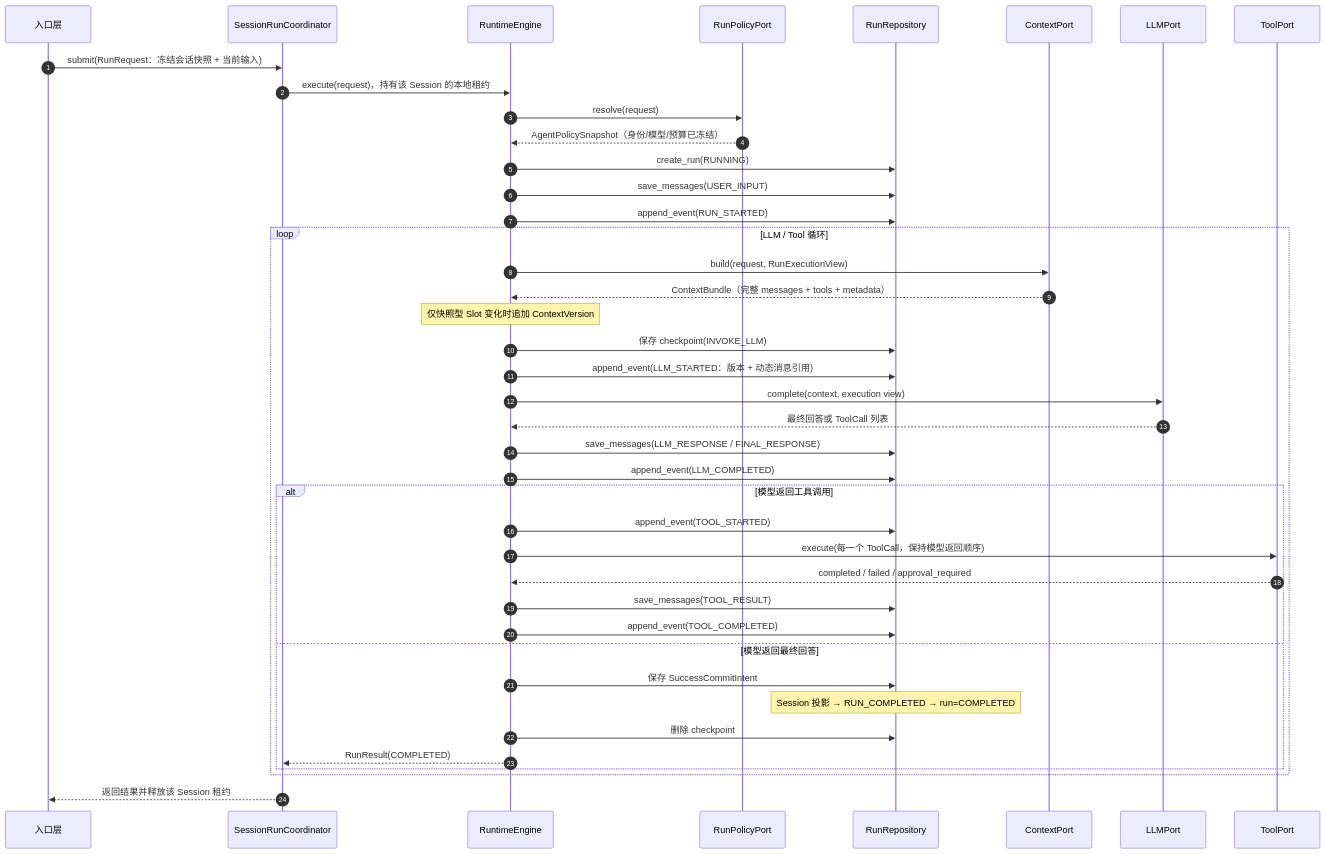
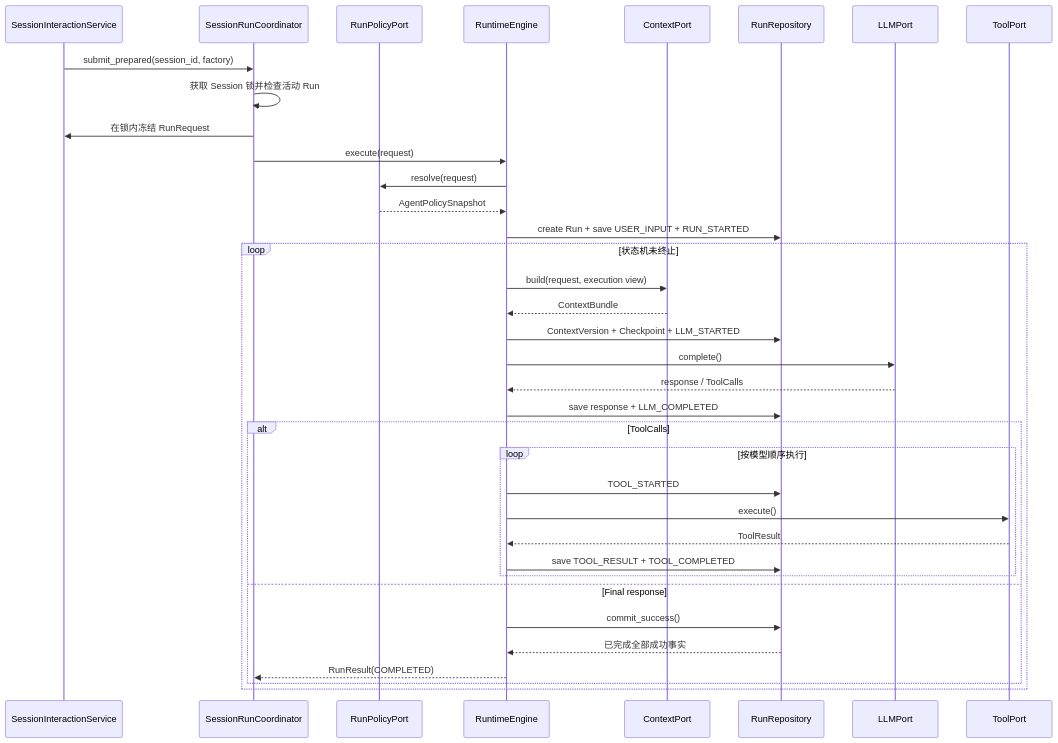
The sixth of 14 diagrams in docs/wiki/Runtime 模块总体说明.md (aandbcct/dotClaw), drawn with Mermaid before and after one commit. The commit also changed other lines of this file and 6 other files, not shown here.

````diff
--- a/docs/wiki/Runtime 模块总体说明.md
+++ b/docs/wiki/Runtime 模块总体说明.md
@@ -227,45 +1226,41 @@
 ```mermaid
 sequenceDiagram
-    autonumber
-    participant E as 入口层
-    participant C as SessionRunCoordinator
-    participant R as RuntimeEngine
-    participant P as RunPolicyPort
-    participant RR as RunRepository
-    participant CX as ContextPort
-    participant L as LLMPort
-    participant T as ToolPort
+    participant App as SessionInteractionService
+    participant Coord as SessionRunCoordinator
+    participant Policy as RunPolicyPort
+    participant Engine as RuntimeEngine
+    participant Context as ContextPort
+    participant Repo as RunRepository
+    participant LLM as LLMPort
+    participant Tool as ToolPort
 
-    E->>C: submit(RunRequest：冻结会话快照 + 当前输入)
-    C->>R: execute(request)，持有该 Session 的本地租约
-    R->>P: resolve(request)
-    P-->>R: AgentPolicySnapshot（身份/模型/预算已冻结）
-    R->>RR: create_run(RUNNING)
-    R->>RR: save_messages(USER_INPUT)
-    R->>RR: append_event(RUN_STARTED)
+    App->>Coord: submit_prepared(session_id, factory)
+    Coord->>Coord: 获取 Session 锁并检查活动 Run
+    Coord->>App: 在锁内冻结 RunRequest
+    Coord->>Engine: execute(request)
+    Engine->>Policy: resolve(request)
+    Policy-->>Engine: AgentPolicySnapshot
+    Engine->>Repo: create Run + save USER_INPUT + RUN_STARTED
 
-    loop LLM / Tool 循环
-        R->>CX: build(request, RunExecutionView)
-        CX-->>R: ContextBundle（完整 messages + tools + metadata）
-        Note over R: 仅快照型 Slot 变化时追加 ContextVersion
-        R->>RR: 保存 checkpoint(INVOKE_LLM)
-        R->>RR: append_event(LLM_STARTED：版本 + 动态消息引用)
-        R->>L: complete(context, execution view)
-        L-->>R: 最终回答或 ToolCall 列表
-        R->>RR: save_messages(LLM_RESPONSE / FINAL_RESPONSE)
-        R->>RR: append_event(LLM_COMPLETED)
-        alt 模型返回工具调用
-            R->>RR: append_event(TOOL_STARTED)
-            R->>T: execute(每一个 ToolCall，保持模型返回顺序)
-            T-->>R: completed / failed / approval_required
-            R->>RR: save_messages(TOOL_RESULT)
-            R->>RR: append_event(TOOL_COMPLETED)
-        else 模型返回最终回答
-            R->>RR: 保存 SuccessCommitIntent
-            Note over RR: Session 投影 → RUN_COMPLETED → run=COMPLETED
-            R->>RR: 删除 checkpoint
-            R-->>C: RunResult(COMPLETED)
+    loop 状态机未终止
+        Engine->>Context: build(request, execution view)
+        Context-->>Engine: ContextBundle
+        Engine->>Repo: ContextVersion + Checkpoint + LLM_STARTED
+        Engine->>LLM: complete()
+        LLM-->>Engine: response / ToolCalls
+        Engine->>Repo: save response + LLM_COMPLETED
+
+        alt ToolCalls
+            loop 按模型顺序执行
+                Engine->>Repo: TOOL_STARTED
+                Engine->>Tool: execute()
+                Tool-->>Engine: ToolResult
+                Engine->>Repo: save TOOL_RESULT + TOOL_COMPLETED
+            end
+        else Final response
+            Engine->>Repo: commit_success()
+            Repo-->>Engine: 已完成全部成功事实
+            Engine-->>Coord: RunResult(COMPLETED)
         end
     end
-    C-->>E: 返回结果并释放该 Session 租约
 ```
````
